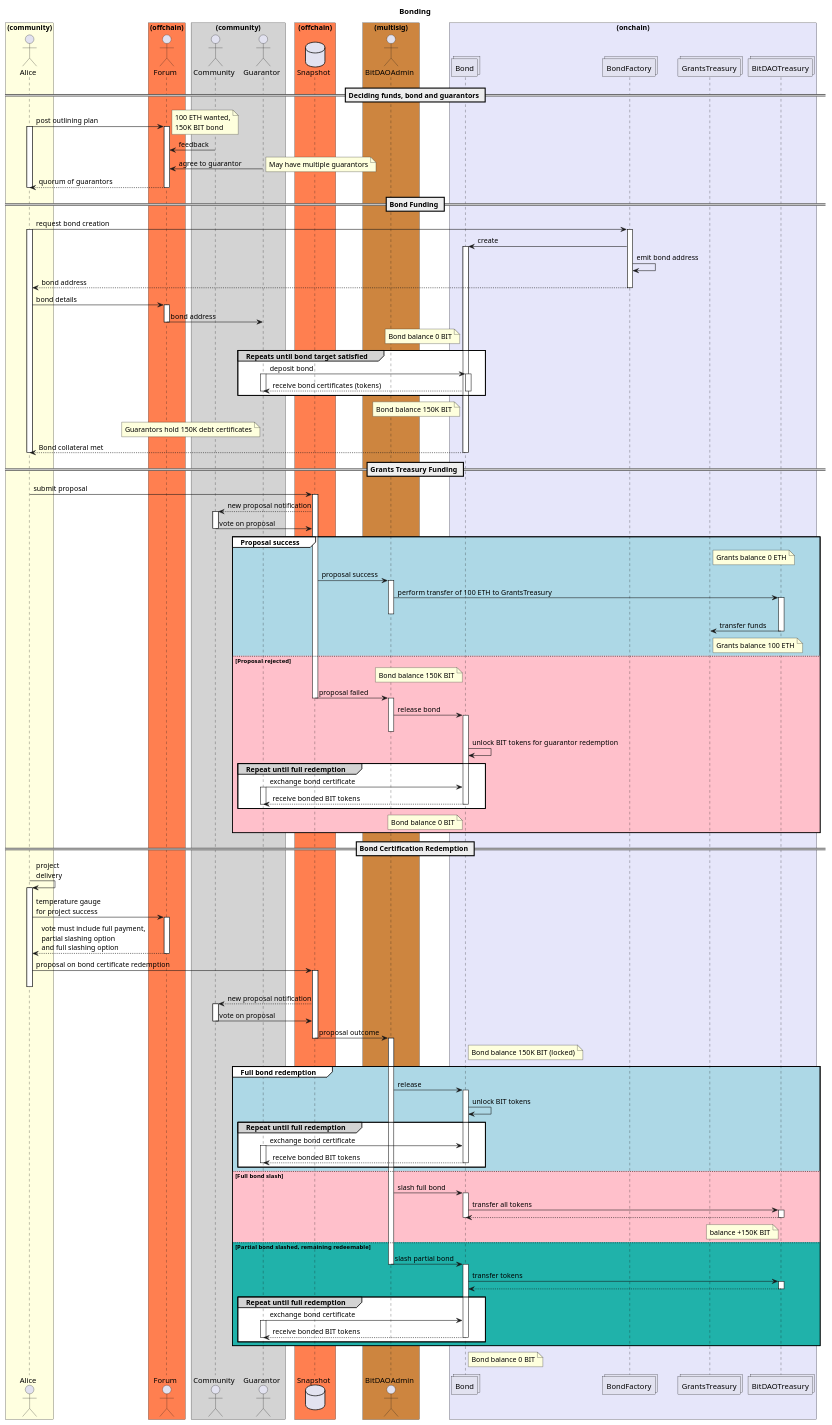
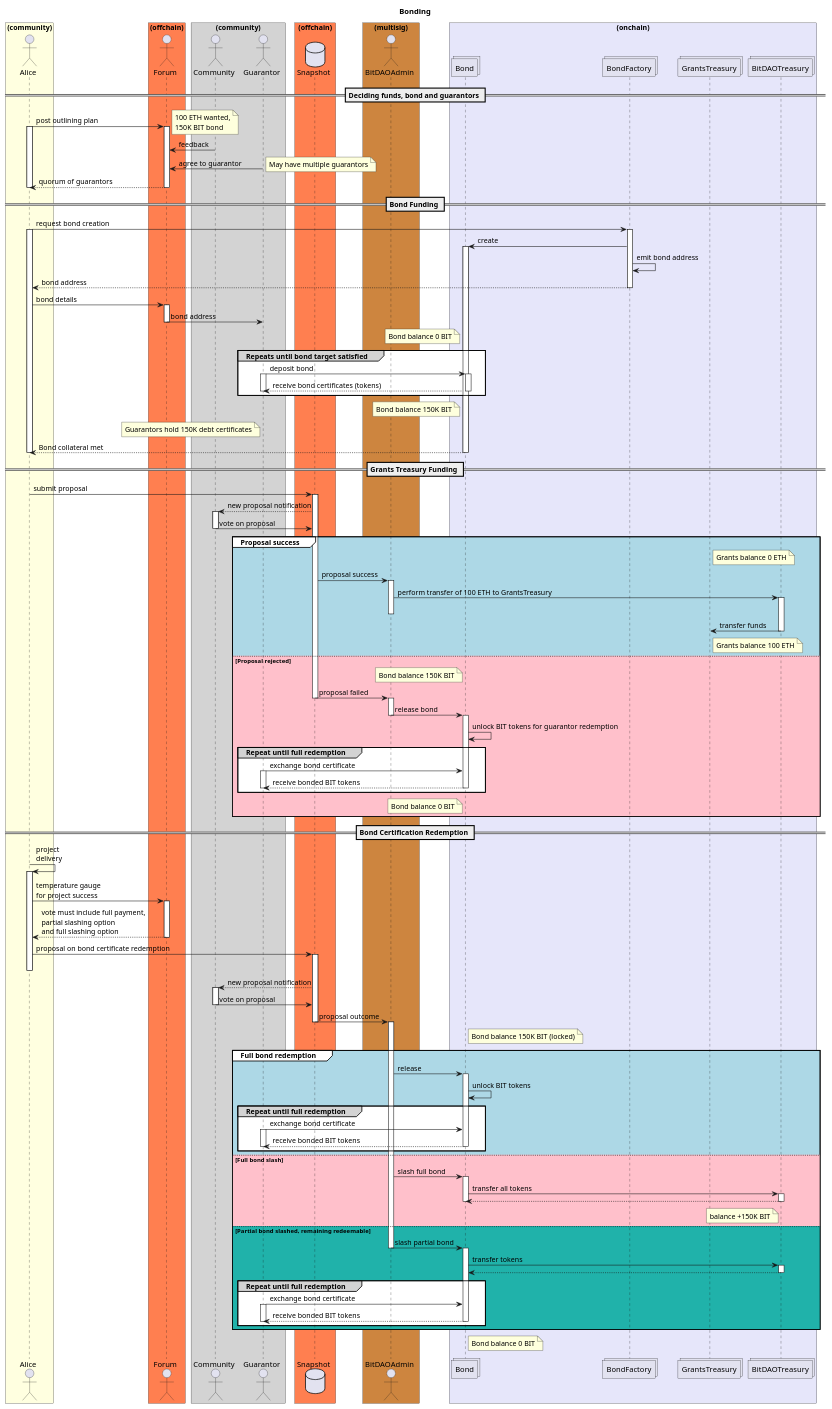
Before and after one commit to windranger-io/windranger-treasury: the diagram in docs/specs/bonding.puml, drawn with PlantUML. The commit also changed other lines of this file and 1 other file, not shown here.

```diff
--- a/docs/specs/bonding.puml
+++ b/docs/specs/bonding.puml
@@ -1,192 +1,192 @@
 @startuml
 'https://plantuml.com/sequence-diagram
 
 title Bonding
 
 box "(community)" #LightYellow
 actor Alice as alice
 end box
 
 box "(offchain)" #Coral
 actor Forum as forum
 end box
 
 box "(community)" #LightGray
 actor Community as community
 actor Guarantor as guarantor
 end box
 
 box "(offchain)" #Coral
 database Snapshot as snapshot
 end box
 
 box "(multisig)" #Peru
 actor BitDAOAdmin as bitdaoadmin
 end box
 
 box "(onchain)" #Lavender
 collections Bond as bond
 collections BondFactory as bondFactory
 collections GrantsTreasury as grantstreasury
 collections BitDAOTreasury as bitdaotreasury
 end box
 
 
 == Deciding funds, bond and guarantors ==
 
 alice->forum                : post outlining plan
 activate alice
 activate forum
 note right                  : 100 ETH wanted,\n150K BIT bond
 community->forum            : feedback
 guarantor->forum            : agree to guarantor
 note right                  : May have multiple guarantors
 forum-->alice               : quorum of guarantors
 deactivate forum
 deactivate alice
 
 == Bond Funding ==
 
 alice->bondFactory          : request bond creation
 activate alice
 activate bondFactory
 bondFactory->bond           : create
 activate bond
 bondFactory->bondFactory    : emit bond address
 bondFactory-->alice         : bond address
 deactivate bondFactory
 alice->forum                : bond details
 activate forum
 forum->guarantor            : bond address
 deactivate forum
 
 note left of bond           : Bond balance 0 BIT
 
 group#lightgray #white Repeats until bond target satisfied
     guarantor->bond         : deposit bond
     activate guarantor
     activate bond
     bond-->guarantor        : receive bond certificates (tokens)
     deactivate guarantor
     deactivate bond
 end
 
 note left of bond           : Bond balance 150K BIT
 note left of guarantor      : Guarantors hold 150K debt certificates
 
 bond --> alice              : Bond collateral met
 deactivate bond
 deactivate alice
 
 == Grants Treasury Funding ==
 alice -> snapshot               : submit proposal
 activate snapshot
 snapshot-->community            : new proposal notification
 activate community
 community -> snapshot           : vote on proposal
 deactivate community
 
 group#white #LightBlue Proposal success
 
     note right of grantstreasury    : Grants balance 0 ETH
 
     snapshot -> bitdaoadmin         : proposal success
     activate bitdaoadmin
     bitdaoadmin -> bitdaotreasury   : perform transfer of 100 ETH to GrantsTreasury
     activate bitdaotreasury
     deactivate bitdaoadmin
     bitdaotreasury -> grantstreasury: transfer funds
     deactivate bitdaotreasury
 
     note right of grantstreasury    : Grants balance 100 ETH
 
 else #Pink Proposal rejected
 
     note left of bond               : Bond balance 150K BIT
 
     snapshot -> bitdaoadmin         : proposal failed
     deactivate snapshot
     activate bitdaoadmin
     bitdaoadmin -> bond             : release bond
+    deactivate bitdaoadmin
     activate bond
-    deactivate bitdaoadmin
     bond -> bond                    : unlock BIT tokens for guarantor redemption
 
     group#lightgray #white Repeat until full redemption
         guarantor->bond             : exchange bond certificate
         activate guarantor
         bond-->guarantor            : receive bonded BIT tokens
         deactivate bond
         deactivate guarantor
     end
 
     note left of bond               : Bond balance 0 BIT
 end
 
 == Bond Certification Redemption ==
 
 alice->alice                    : project\ndelivery
 activate alice
 alice->forum                    : temperature gauge\nfor project success
 activate forum
 forum-->alice                   : vote must include full payment,\npartial slashing option\nand full slashing option
 deactivate forum
 alice->snapshot                 : proposal on bond certificate redemption
 activate snapshot
 deactivate alice
 snapshot-->community            : new proposal notification
 activate community
 community -> snapshot           : vote on proposal
 deactivate community
 snapshot -> bitdaoadmin         : proposal outcome
 deactivate snapshot
 activate bitdaoadmin
 
 note right of bond              : Bond balance 150K BIT (locked)
 
 group#white #LightBlue Full bond redemption
     bitdaoadmin->bond           : release
     activate bond
     bond->bond                  : unlock BIT tokens
 
     group#lightgray #white Repeat until full redemption
         guarantor->bond         : exchange bond certificate
         activate guarantor
         bond-->guarantor        : receive bonded BIT tokens
         deactivate bond
         deactivate guarantor
     end
 
 else #Pink Full bond slash
     bitdaoadmin->bond           : slash full bond
     activate bond
     bond->bitdaotreasury        : transfer all tokens
     activate bitdaotreasury
     bitdaotreasury-->bond
     deactivate bitdaotreasury
     deactivate bond
 
     note left of bitdaotreasury : balance +150K BIT
 
 else #lightseagreen Partial bond slashed, remaining redeemable
     bitdaoadmin->bond           : slash partial bond
     deactivate bitdaoadmin
     activate bond
     bond->bitdaotreasury        : transfer tokens
     activate bitdaotreasury
     bitdaotreasury-->bond
     deactivate bitdaotreasury
     
     group#lightgray #white Repeat until full redemption
         guarantor->bond         : exchange bond certificate
         activate guarantor
         bond-->guarantor        : receive bonded BIT tokens
         deactivate bond
         deactivate guarantor
     end
 end
 
 
 note right of bond              : Bond balance 0 BIT
 
 @enduml
```
